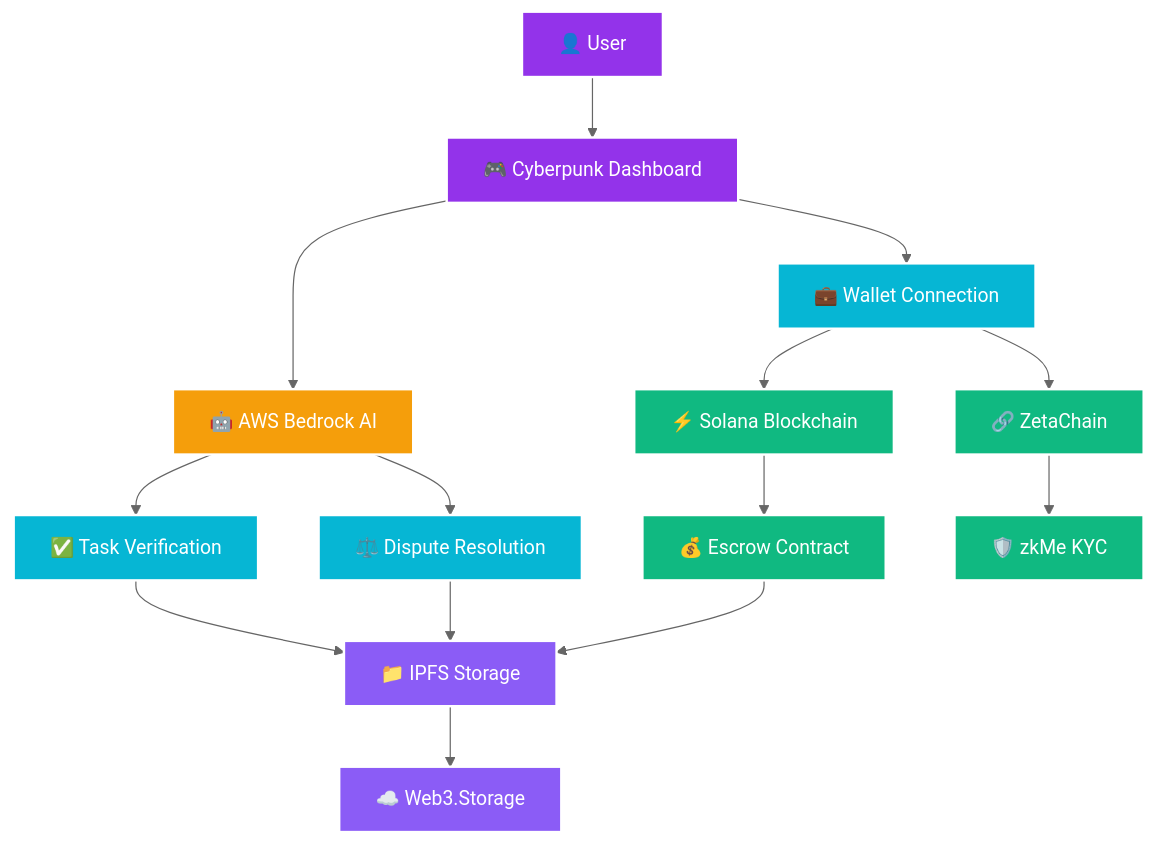
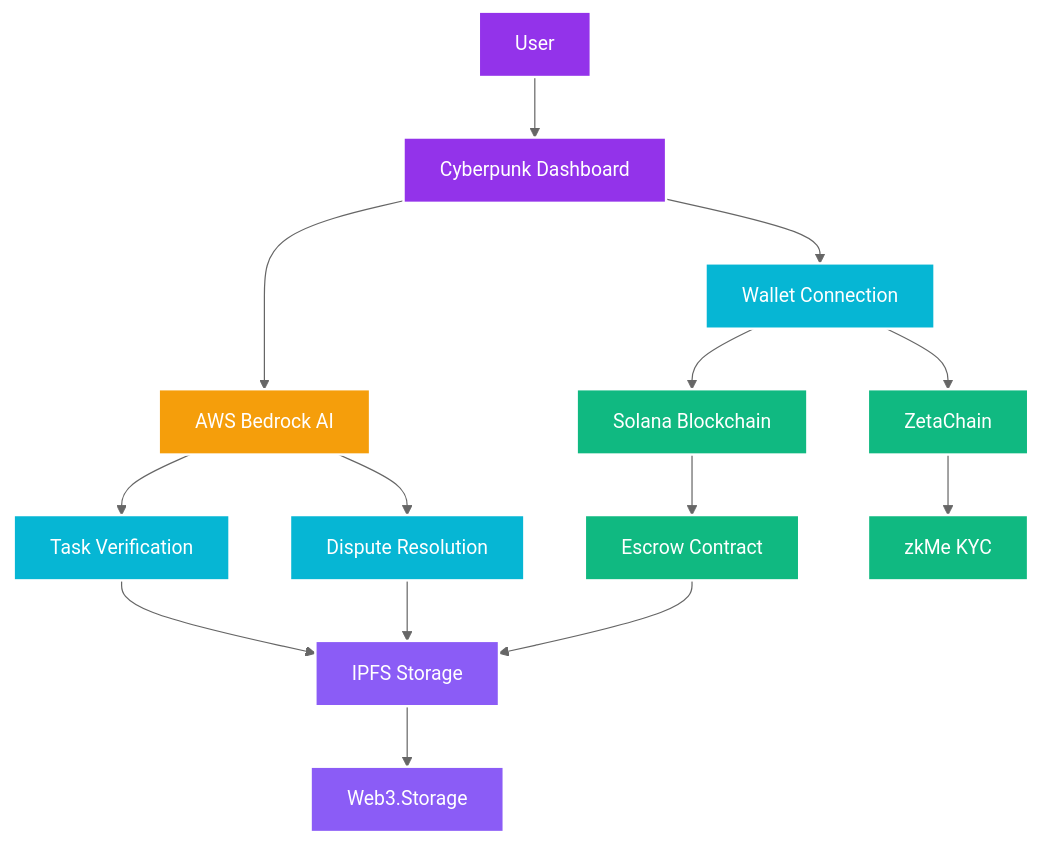
Before and after one commit to De-real-iManuel/aetherlock-docs: the diagram in design/architecture.mdx, drawn with Mermaid (neutral theme). The commit also changed other lines of this file, not shown here.

Commit message:
Fix parsing error by removing emojis from headers

````diff
--- a/design/architecture.mdx
+++ b/design/architecture.mdx
@@ -9,33 +9,33 @@
 ```mermaid
 flowchart TD
-    User[👤 User] --> Dashboard[🎮 Cyberpunk Dashboard]
-    Dashboard --> Wallet[💼 Wallet Connection]
+    User[User] --> Dashboard[Cyberpunk Dashboard]
+    Dashboard --> Wallet[Wallet Connection]
     
-    Wallet --> Solana[⚡ Solana Blockchain]
-    Wallet --> ZetaChain[🔗 ZetaChain]
+    Wallet --> Solana[Solana Blockchain]
+    Wallet --> ZetaChain[ZetaChain]
     
-    Dashboard --> AI[🤖 AWS Bedrock AI]
-    AI --> Verify[✅ Task Verification]
-    AI --> Dispute[⚖️ Dispute Resolution]
+    Dashboard --> AI[AWS Bedrock AI]
+    AI --> Verify[Task Verification]
+    AI --> Dispute[Dispute Resolution]
     
-    Solana --> Escrow[💰 Escrow Contract]
-    ZetaChain --> KYC[🛡️ zkMe KYC]
+    Solana --> Escrow[Escrow Contract]
+    ZetaChain --> KYC[zkMe KYC]
     
-    Verify --> IPFS[📁 IPFS Storage]
+    Verify --> IPFS[IPFS Storage]
     Dispute --> IPFS
     Escrow --> IPFS
     
-    IPFS --> Web3Storage[☁️ Web3.Storage]
+    IPFS --> Web3Storage[Web3.Storage]
     
     classDef user fill:#9333ea,stroke:#fff,stroke-width:2px,color:#fff
     classDef frontend fill:#06b6d4,stroke:#fff,stroke-width:2px,color:#fff
     classDef blockchain fill:#10b981,stroke:#fff,stroke-width:2px,color:#fff
     classDef ai fill:#f59e0b,stroke:#fff,stroke-width:2px,color:#fff
     classDef storage fill:#8b5cf6,stroke:#fff,stroke-width:2px,color:#fff
     
     class User,Dashboard user
     class Wallet,Verify,Dispute frontend
     class Solana,ZetaChain,Escrow,KYC blockchain
     class AI ai
     class IPFS,Web3Storage storage
 ```
````
